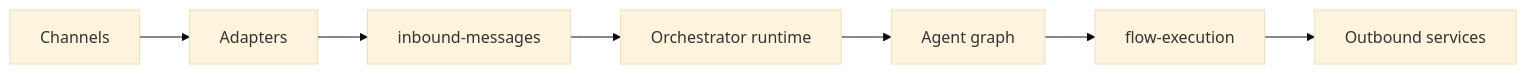
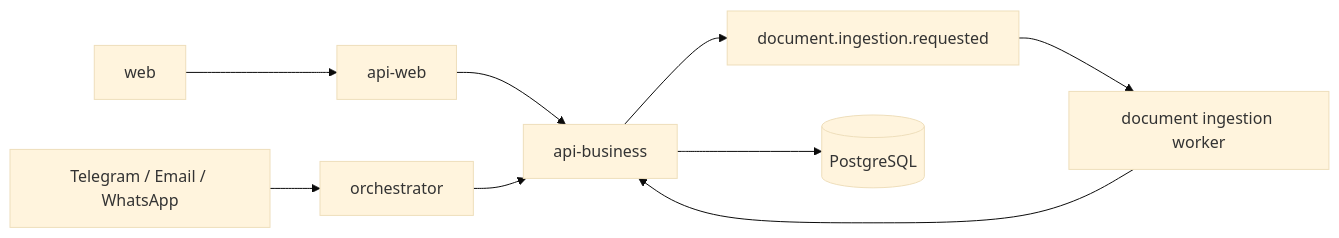
The diagram in README.md (CiceroDeveloper01/rag-platform), drawn with Mermaid (base theme) before and after one commit. The commit also changed other lines of this file and 2 other files, not shown here.

Commit message:
docs: finalize root architecture governance and web status typing

````diff
--- a/README.md
+++ b/README.md
@@ -35,9 +83,11 @@
 ```mermaid
 flowchart LR
-    Channel[Channels] --> Adapter[Adapters]
-    Adapter --> InboundQ[inbound-messages]
-    InboundQ --> Orchestrator[Orchestrator runtime]
-    Orchestrator --> Graph[Agent graph]
-    Graph --> FlowQ[flow-execution]
-    FlowQ --> Outbound[Outbound services]
+    Web[web] --> APIWeb[api-web]
+    APIWeb --> APIBusiness[api-business]
+    Channel[Telegram / Email / WhatsApp] --> Orchestrator[orchestrator]
+    Orchestrator --> APIBusiness
+    APIBusiness --> RabbitMQ[document.ingestion.requested]
+    RabbitMQ --> IngestionWorker[document ingestion worker]
+    IngestionWorker --> APIBusiness
+    APIBusiness --> Postgres[(PostgreSQL)]
 ```
````
